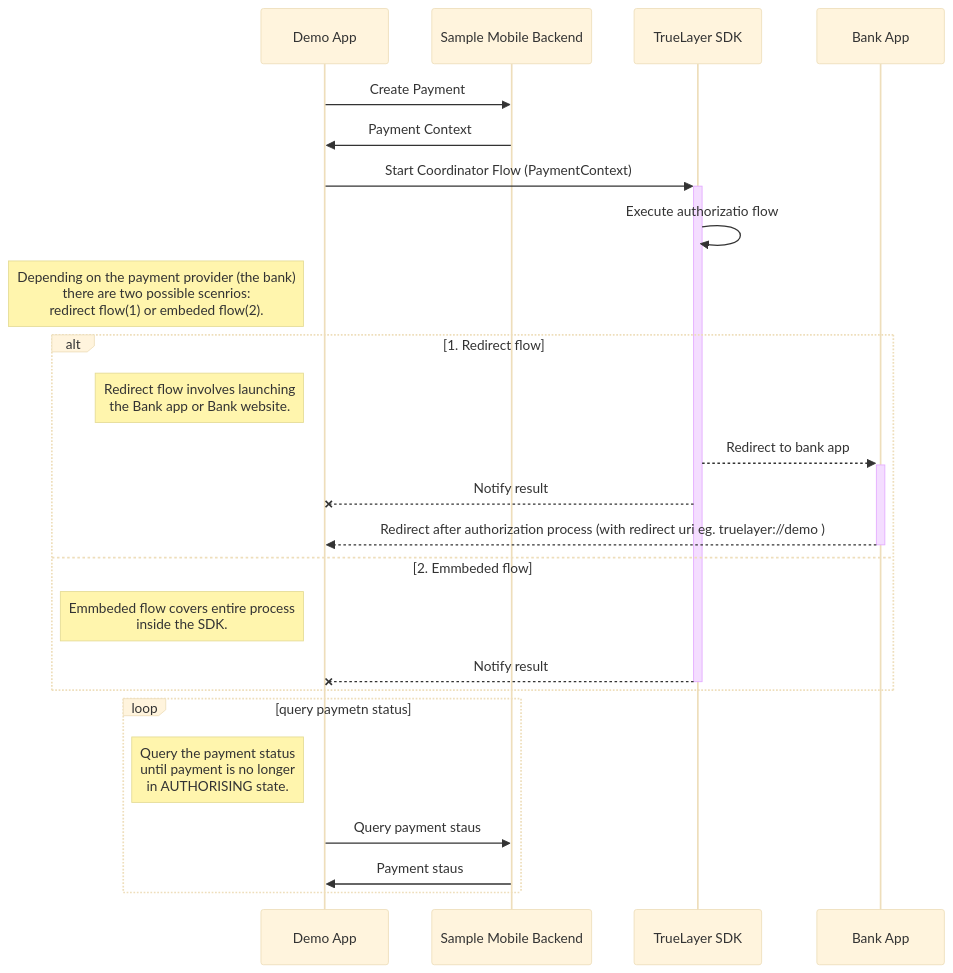
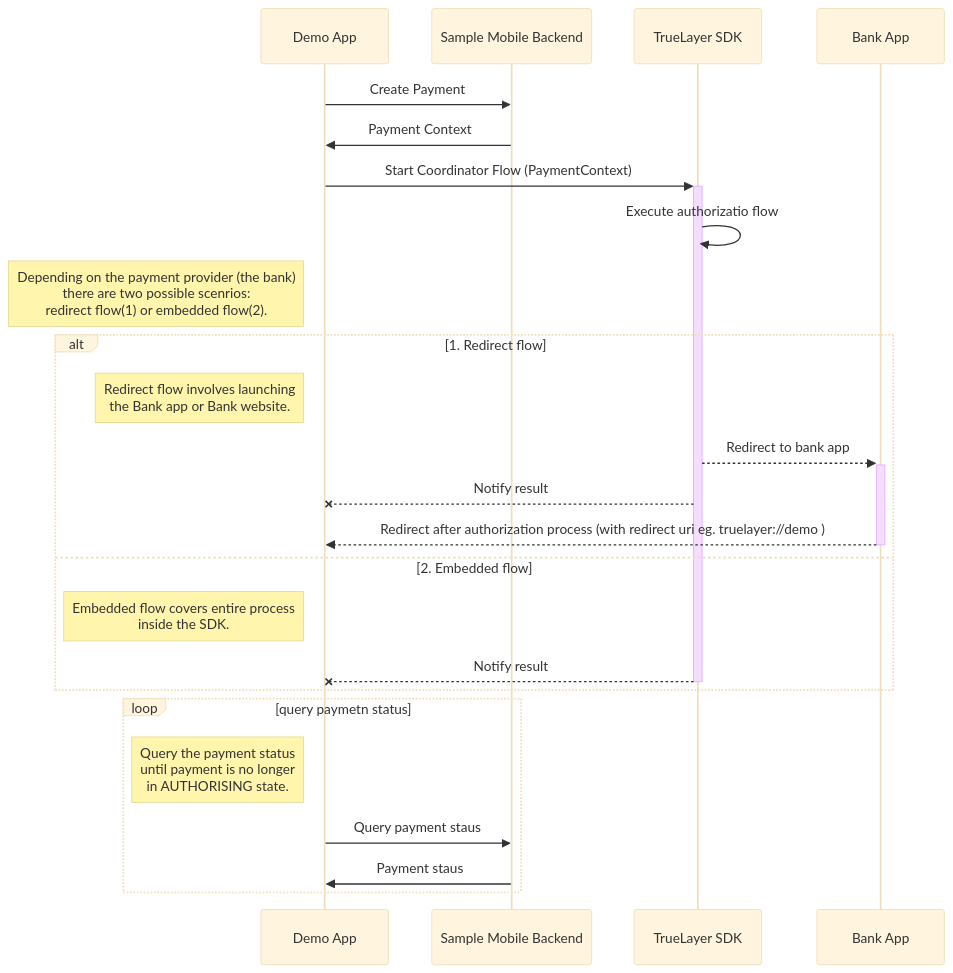
Before and after one commit to TrueLayer/truelayer-android-sdk-demo: the diagram in README.md, drawn with Mermaid (base theme).

````diff
--- a/README.md
+++ b/README.md
@@ -47,30 +47,30 @@
 ```mermaid
 sequenceDiagram
 	participant app as Demo App
 	participant backend as Sample Mobile Backend
 	participant SDK as TrueLayer SDK
 	participant Bank as Bank App
 
 	app ->> backend: Create Payment
 	backend ->> app: Payment Context
 	app ->>+ SDK: Start Coordinator Flow (PaymentContext)
 	SDK ->> SDK: Execute authorizatio flow
 
-	note left of app: Depending on the payment provider (the bank) <br/>there are two possible scenrios:<br/>redirect flow(1) or embeded flow(2).
+	note left of app: Depending on the payment provider (the bank) <br/>there are two possible scenrios:<br/>redirect flow(1) or embedded flow(2).
 
 	alt 1. Redirect flow
 	note left of app: Redirect flow involves launching<br/> the Bank app or Bank website.
 	SDK -->>+ Bank: Redirect to bank app
 	SDK --x app: Notify result
 	Bank -->>- app: Redirect after authorization process (with redirect uri eg. truelayer://demo )
-	else 2. Emmbeded flow
-		note left of app: Emmbeded flow covers entire process<br/> inside the SDK.
+	else 2. Embedded flow
+		note left of app: Embedded flow covers entire process<br/> inside the SDK.
 	SDK --x- app: Notify result
 	end
 
 	loop query paymetn status
 	note left of app: Query the payment status<br/>until payment is no longer<br/>in AUTHORISING state.
 	app ->> backend: Query payment staus
 	backend ->> app: Payment staus
 	end
 ```
````
